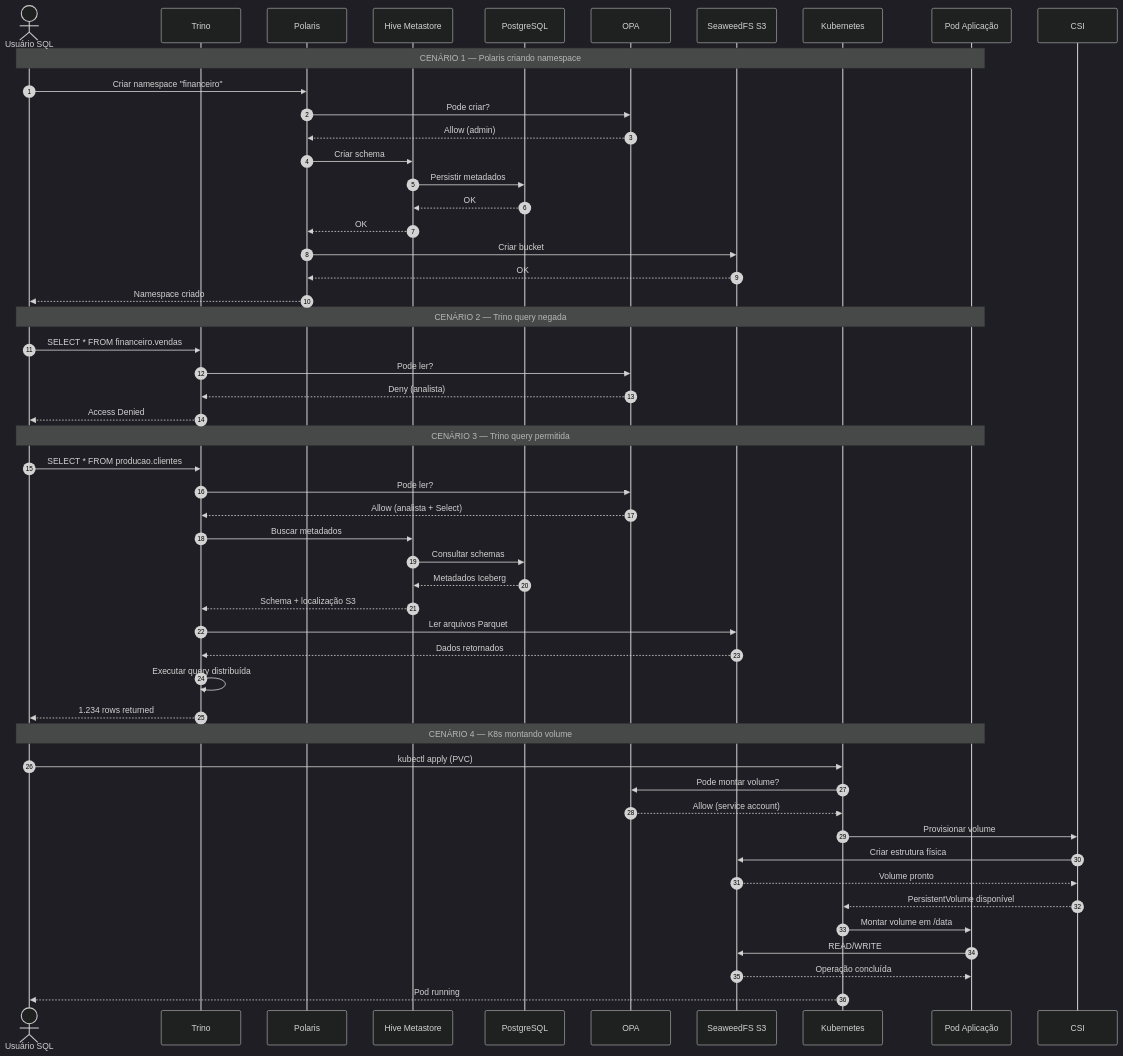
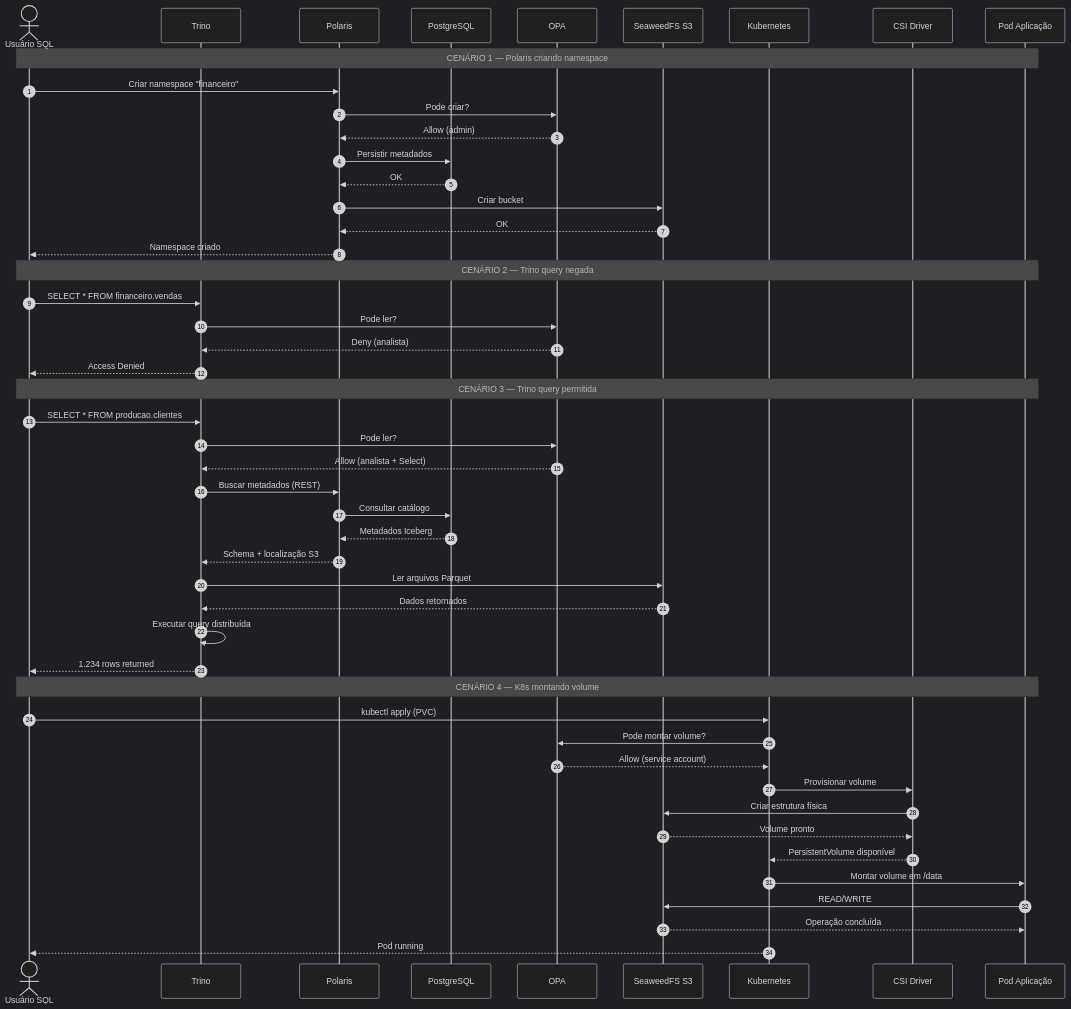
Before and after one commit to ericsonbarbosa/big_data-seaweed-polaris-opa-trino: the third of 3 diagrams in README.md, drawn with Mermaid (dark theme). The commit also changed other lines of this file, not shown here.

Commit message:
feat - diagrama de sequencia OPA - README

````diff
--- a/README.md
+++ b/README.md
@@ -187,62 +184,60 @@
 ```mermaid
 sequenceDiagram
     autonumber
 
     actor User as Usuário SQL
     participant Trino as Trino
     participant Polaris as Polaris
-    participant Hive as Hive Metastore
     participant PG as PostgreSQL
     participant OPA as OPA
     participant S3 as SeaweedFS S3
     participant K8s as Kubernetes
+    participant CSI as CSI Driver
     participant Pod as Pod Aplicação
 
     Note over User,Pod: CENÁRIO 1 — Polaris criando namespace
 
     User->>Polaris: Criar namespace "financeiro"
     Polaris->>OPA: Pode criar?
     OPA-->>Polaris: Allow (admin)
-    Polaris->>Hive: Criar schema
-    Hive->>PG: Persistir metadados
-    PG-->>Hive: OK
-    Hive-->>Polaris: OK
+    Polaris->>PG: Persistir metadados
+    PG-->>Polaris: OK
     Polaris->>S3: Criar bucket
     S3-->>Polaris: OK
     Polaris-->>User: Namespace criado
 
     Note over User,Pod: CENÁRIO 2 — Trino query negada
 
     User->>Trino: SELECT * FROM financeiro.vendas
     Trino->>OPA: Pode ler?
     OPA-->>Trino: Deny (analista)
     Trino-->>User: Access Denied
 
     Note over User,Pod: CENÁRIO 3 — Trino query permitida
 
     User->>Trino: SELECT * FROM producao.clientes
     Trino->>OPA: Pode ler?
     OPA-->>Trino: Allow (analista + Select)
-    Trino->>Hive: Buscar metadados
-    Hive->>PG: Consultar schemas
-    PG-->>Hive: Metadados Iceberg
-    Hive-->>Trino: Schema + localização S3
+    Trino->>Polaris: Buscar metadados (REST)
+    Polaris->>PG: Consultar catálogo
+    PG-->>Polaris: Metadados Iceberg
+    Polaris-->>Trino: Schema + localização S3
     Trino->>S3: Ler arquivos Parquet
     S3-->>Trino: Dados retornados
     Trino->>Trino: Executar query distribuída
     Trino-->>User: 1.234 rows returned
 
     Note over User,Pod: CENÁRIO 4 — K8s montando volume
 
     User->>K8s: kubectl apply (PVC)
     K8s->>OPA: Pode montar volume?
     OPA-->>K8s: Allow (service account)
     K8s->>CSI: Provisionar volume
     CSI->>S3: Criar estrutura física
     S3-->>CSI: Volume pronto
     CSI-->>K8s: PersistentVolume disponível
     K8s->>Pod: Montar volume em /data
     Pod->>S3: READ/WRITE
     S3-->>Pod: Operação concluída
     K8s-->>User: Pod running
 ```
````
